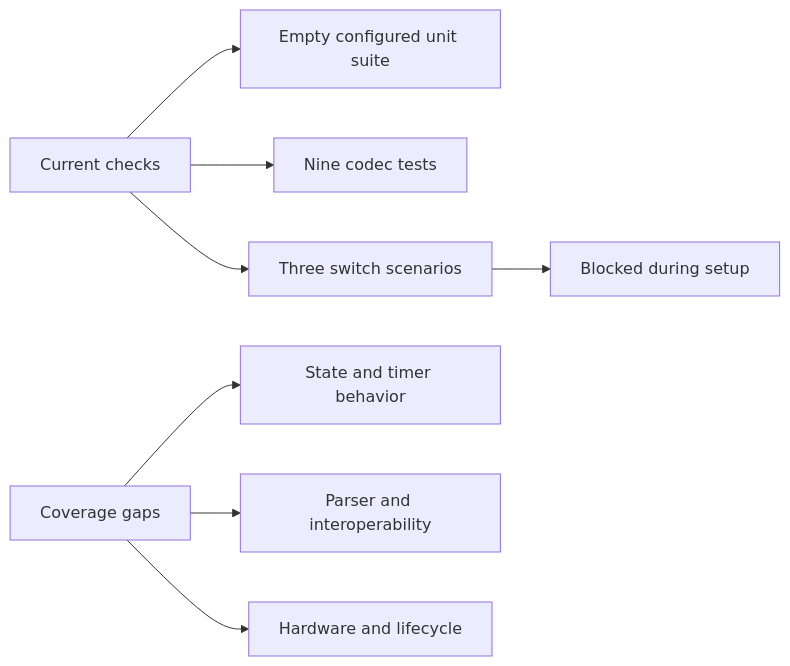
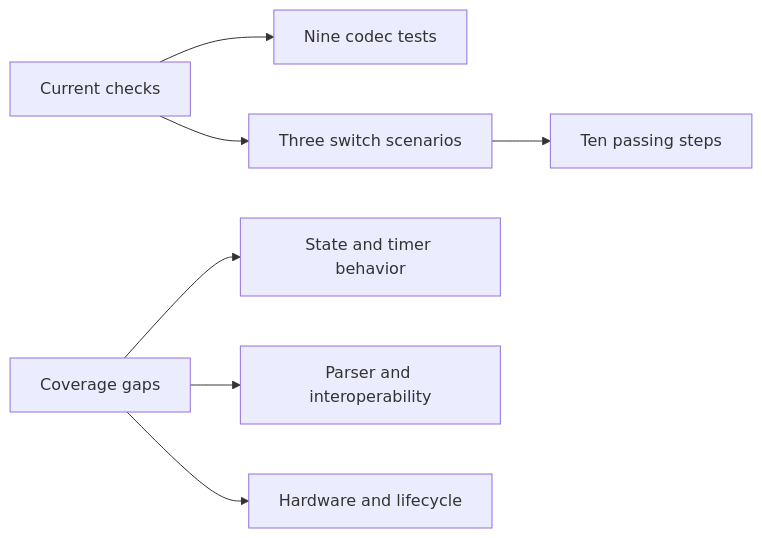
One commit to kebag-logic/lwSRP changed the second of 2 diagrams in doc/tester.md. Above: the diagram before and after it, drawn with Mermaid. The commit also changed other lines of this file and 6 other files, not shown here.

```diff
--- a/doc/tester.md
+++ b/doc/tester.md
@@ -91,10 +92,9 @@
 ~~~mermaid
 flowchart LR
-    Checks[Current checks] --> Empty[Empty configured unit suite]
-    Checks --> Codec[Nine codec tests]
+    Checks[Current checks] --> Codec[Nine codec tests]
     Checks --> Scenarios[Three switch scenarios]
-    Scenarios --> Blocked[Blocked during setup]
+    Scenarios --> Steps[Ten passing steps]
     Missing[Coverage gaps] --> State[State and timer behavior]
     Missing --> Wire[Parser and interoperability]
     Missing --> Target[Hardware and lifecycle]
 ~~~
```
